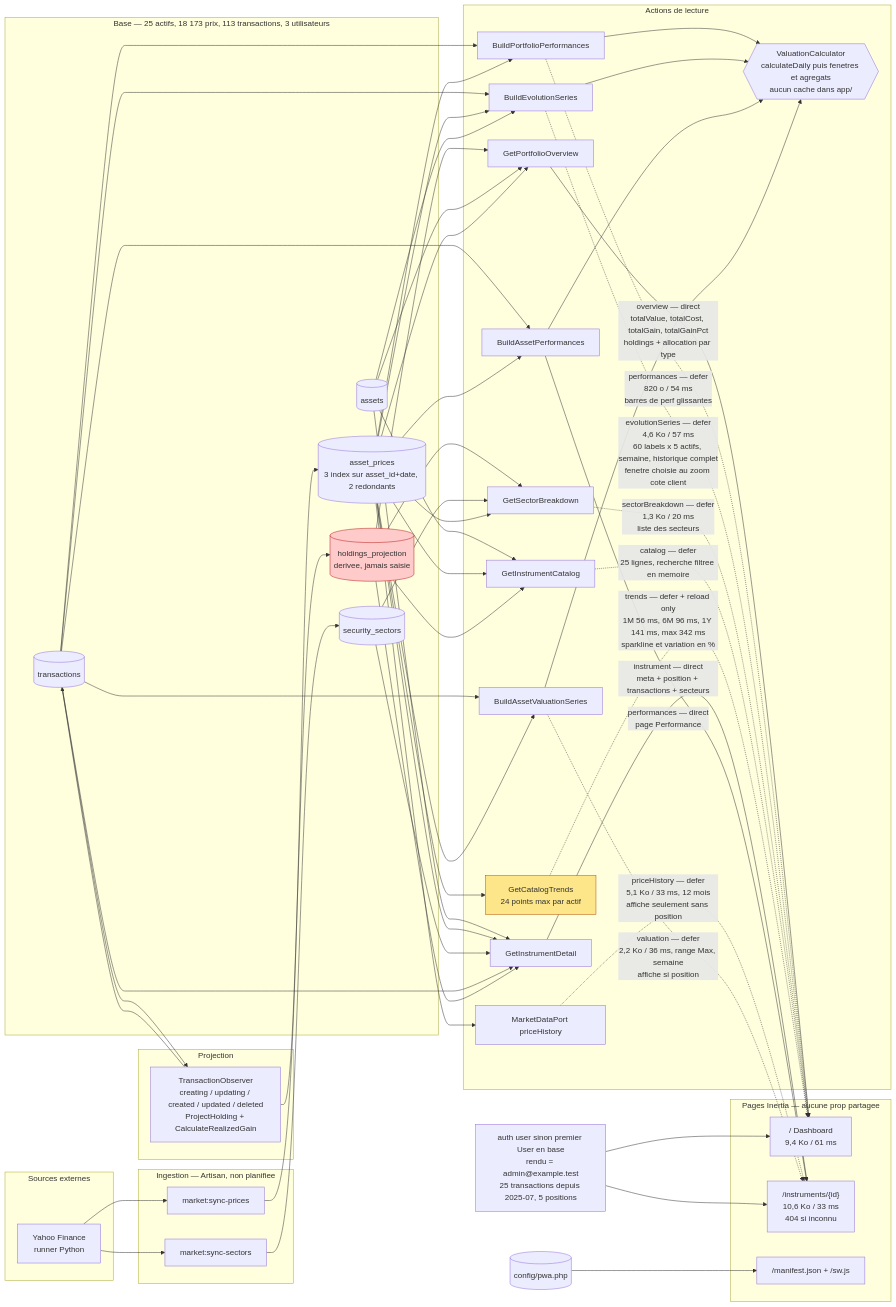
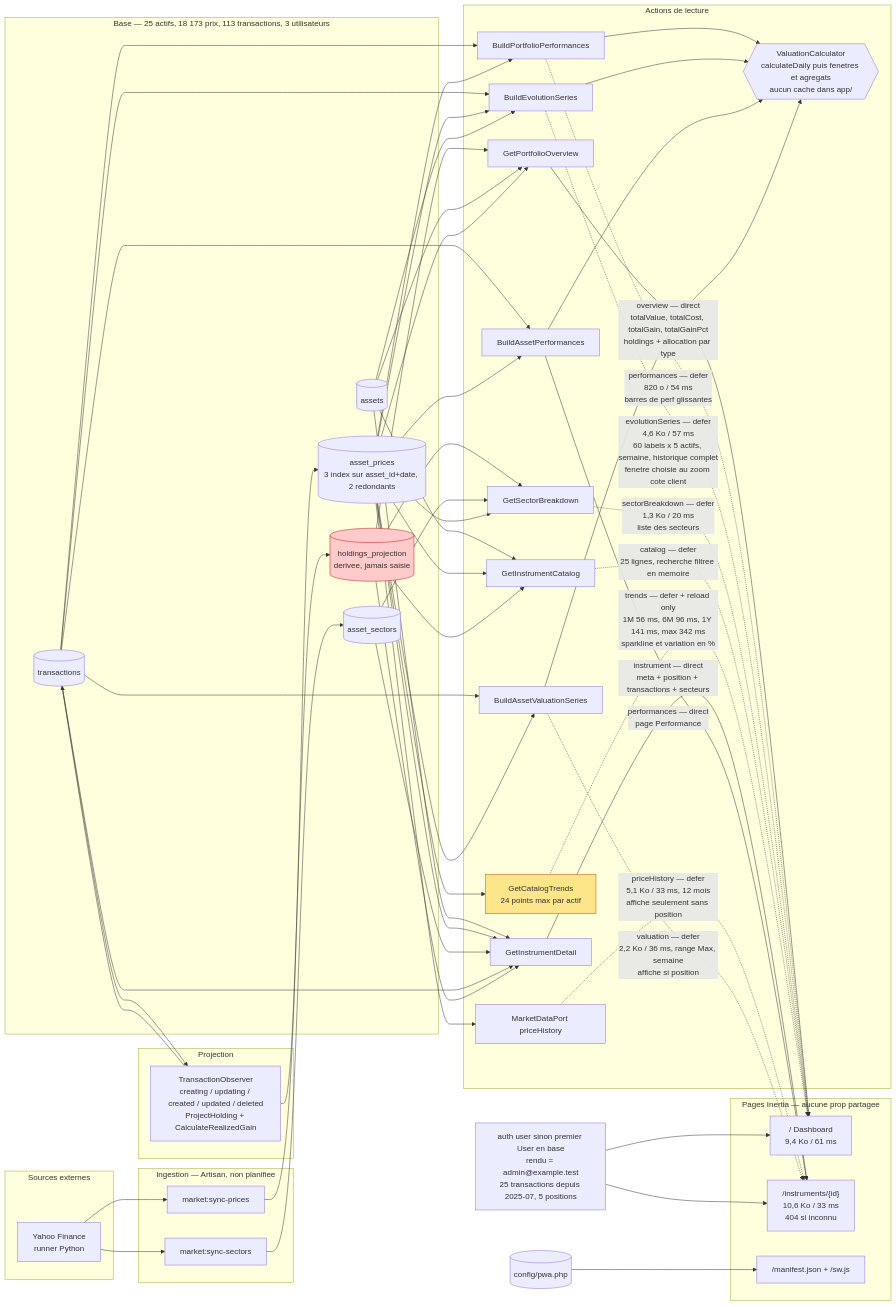
The first of 2 diagrams in docs/page-data.md (yanntyb/portefeuille), drawn with Mermaid before and after one commit. The commit also changed 7 other files, not shown here.

```diff
--- a/docs/page-data.md
+++ b/docs/page-data.md
@@ -12,7 +12,7 @@
     subgraph DB["Base — 25 actifs, 18 173 prix, 113 transactions, 3 utilisateurs"]
         A[("assets")]
         AP[("asset_prices<br/>3 index sur asset_id+date, 2 redondants")]
-        SEC[("security_sectors")]
+        SEC[("asset_sectors")]
         TX[("transactions")]
         HP[("holdings_projection<br/>derivee, jamais saisie")]
     end
```
